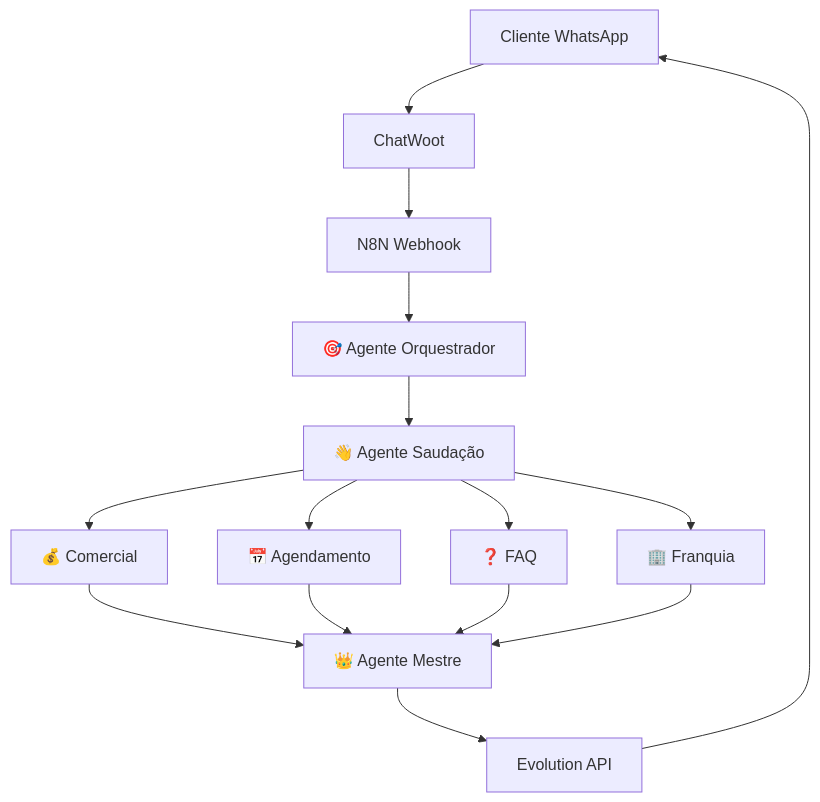
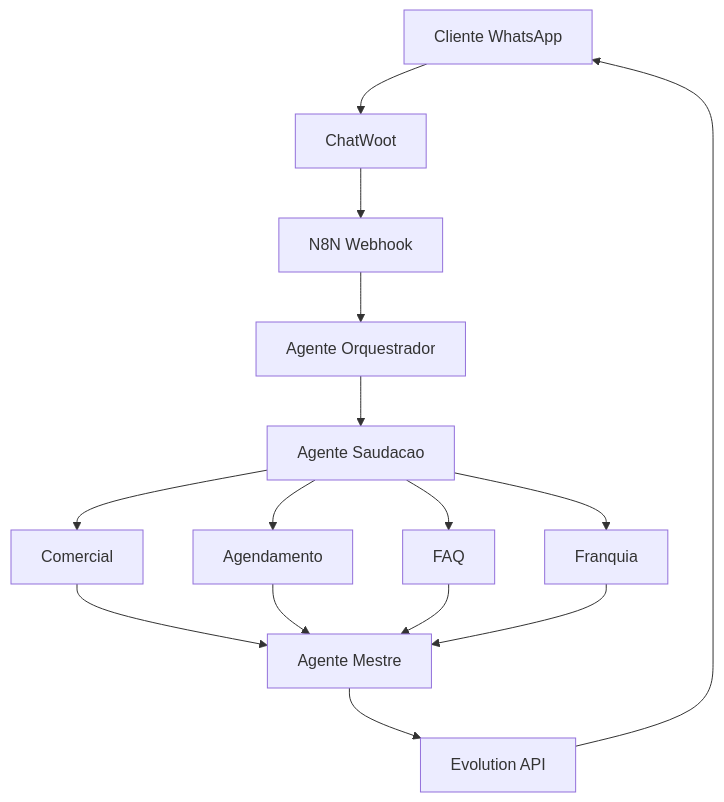
One commit to gabrielteoodoro/bable-pet-dashboard changed the diagram in README.md. Above: the diagram before and after it, drawn with Mermaid. The commit also changed other lines of this file, not shown here.

````diff
--- a/README.md
+++ b/README.md
@@ -39,17 +39,17 @@
 ```mermaid
 graph TD
     A[Cliente WhatsApp] --> B[ChatWoot]
     B --> C[N8N Webhook]
-    C --> D[🎯 Agente Orquestrador]
-    D --> E[👋 Agente Saudação]
-    E --> F[💰 Comercial]
-    E --> G[📅 Agendamento]
-    E --> H[❓ FAQ]
-    E --> I[🏢 Franquia]
-    F --> J[👑 Agente Mestre]
+    C --> D[Agente Orquestrador]
+    D --> E[Agente Saudacao]
+    E --> F[Comercial]
+    E --> G[Agendamento]
+    E --> H[FAQ]
+    E --> I[Franquia]
+    F --> J[Agente Mestre]
     G --> J
     H --> J
     I --> J
     J --> K[Evolution API]
     K --> A
 ```
````
